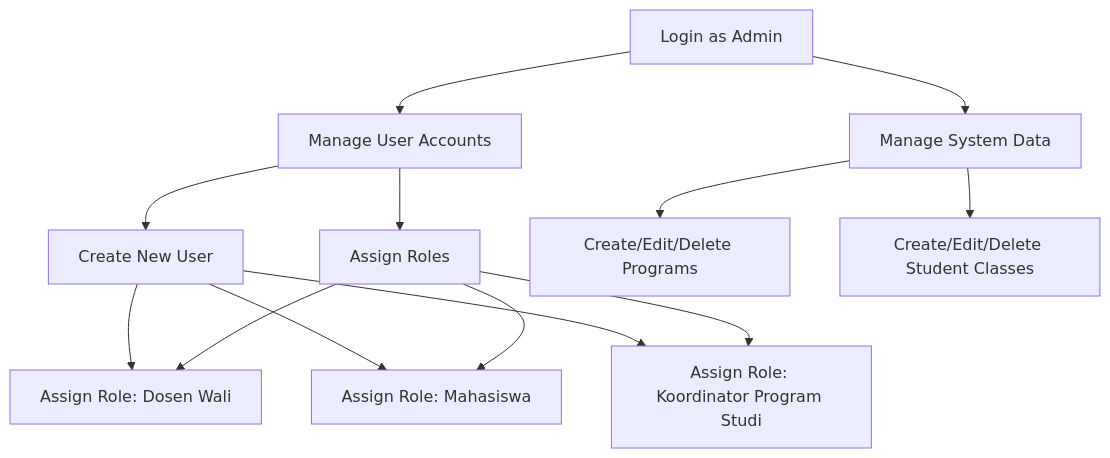
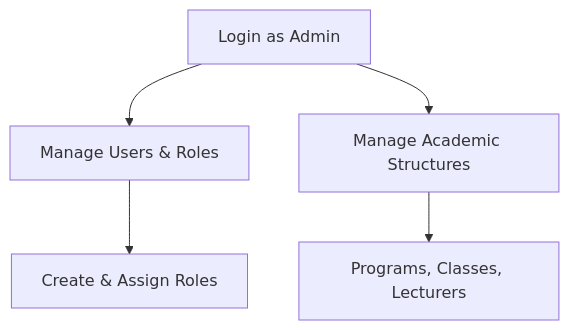
Before and after one commit to Protic-PNC/jkb-sistem-dosen-wali: the first of 5 diagrams in README.md, drawn with Mermaid. The commit also changed other lines of this file, not shown here.

````diff
--- a/README.md
+++ b/README.md
@@ -145,16 +84,7 @@
 ```mermaid
 graph TD;
-    %% Admin Flowchart
-    A[Login as Admin] --> B[Manage User Accounts]
-    B --> C[Create New User]
-    B --> D[Assign Roles]
-    C --> E[Assign Role: Dosen Wali]
-    C --> F[Assign Role: Mahasiswa]
-    C --> G[Assign Role: Koordinator Program Studi]
-    D --> E
-    D --> F
-    D --> G
-    A --> H[Manage System Data]
-    H --> I[Create/Edit/Delete Programs]
-    H --> J[Create/Edit/Delete Student Classes]
+    A[Login as Admin] --> B[Manage Users & Roles]
+    B --> C[Create & Assign Roles]
+    A --> D[Manage Academic Structures]
+    D --> E[Programs, Classes, Lecturers]
 ```
````
